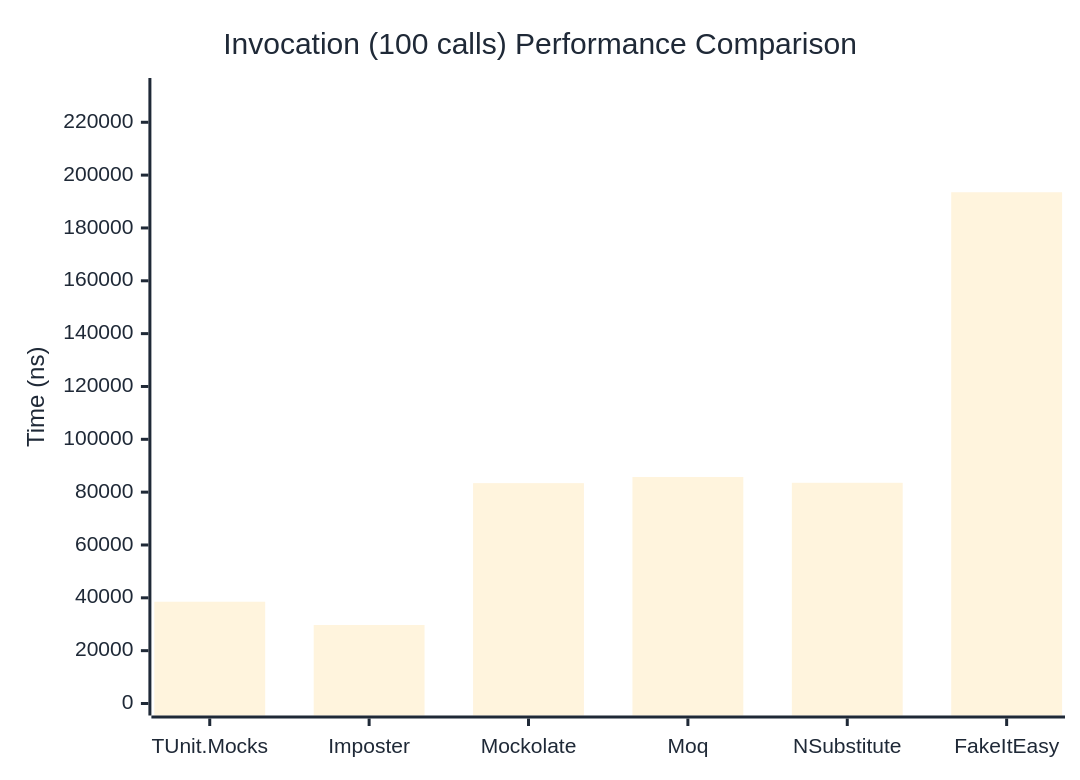
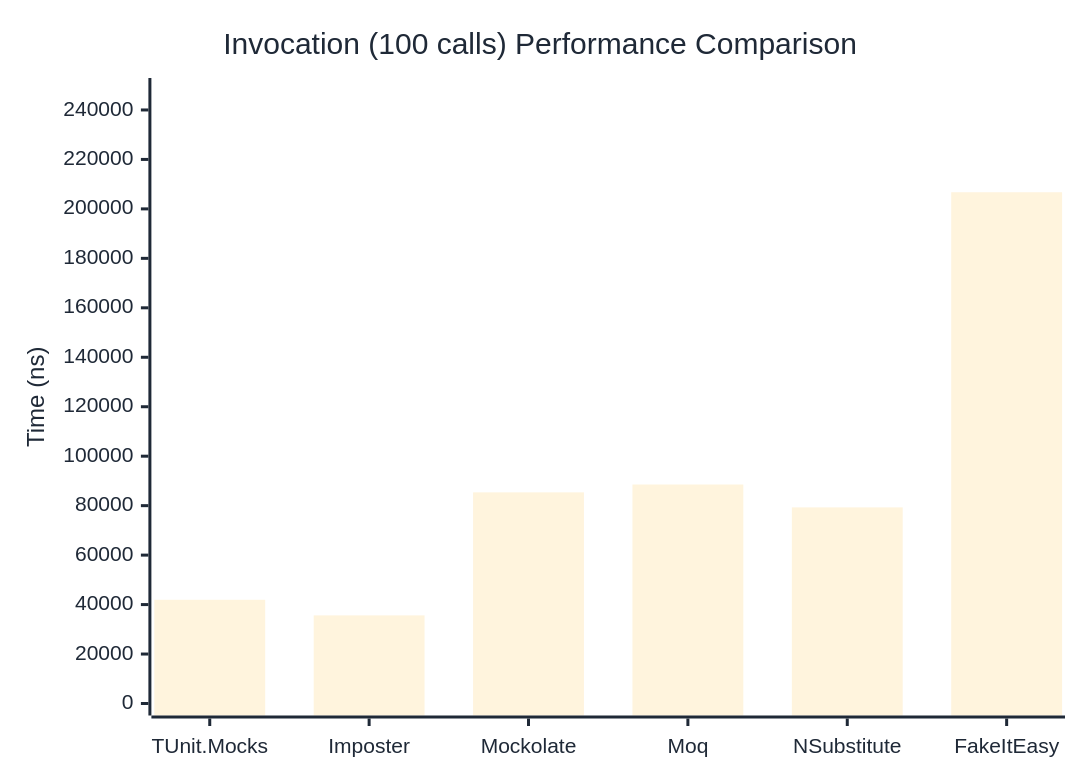
Before and after one commit to thomhurst/TUnit: the third of 3 diagrams in docs/docs/benchmarks/mocks/Invocation.md, drawn with Mermaid. The commit also changed other lines of this file and 13 other files, not shown here.

````diff
--- a/docs/docs/benchmarks/mocks/Invocation.md
+++ b/docs/docs/benchmarks/mocks/Invocation.md
@@ -110,27 +110,27 @@
 ```mermaid
 %%{init: {
   'theme':'base',
   'themeVariables': {
     'primaryColor': '#2563eb',
     'primaryTextColor': '#1f2937',
     'primaryBorderColor': '#1e40af',
     'lineColor': '#6b7280',
     'secondaryColor': '#7c3aed',
     'tertiaryColor': '#dc2626',
     'background': '#ffffff',
     'pie1': '#2563eb',
     'pie2': '#7c3aed',
     'pie3': '#dc2626',
     'pie4': '#f59e0b',
     'pie5': '#10b981',
     'pie6': '#06b6d4',
     'pie7': '#ec4899',
     'pie8': '#6366f1'
   }
 }}%%
 xychart-beta
   title "Invocation (100 calls) Performance Comparison"
   x-axis ["TUnit.Mocks", "Imposter", "Mockolate", "Moq", "NSubstitute", "FakeItEasy"]
-  y-axis "Time (ns)" 0 --> 232218
-  bar [38521, 29722.5, 83410.5, 85740.5, 83542.7, 193514.9]
+  y-axis "Time (ns)" 0 --> 248073
+  bar [41934, 35631, 85371.9, 88551.5, 79302.4, 206727.2]
 ```
````
